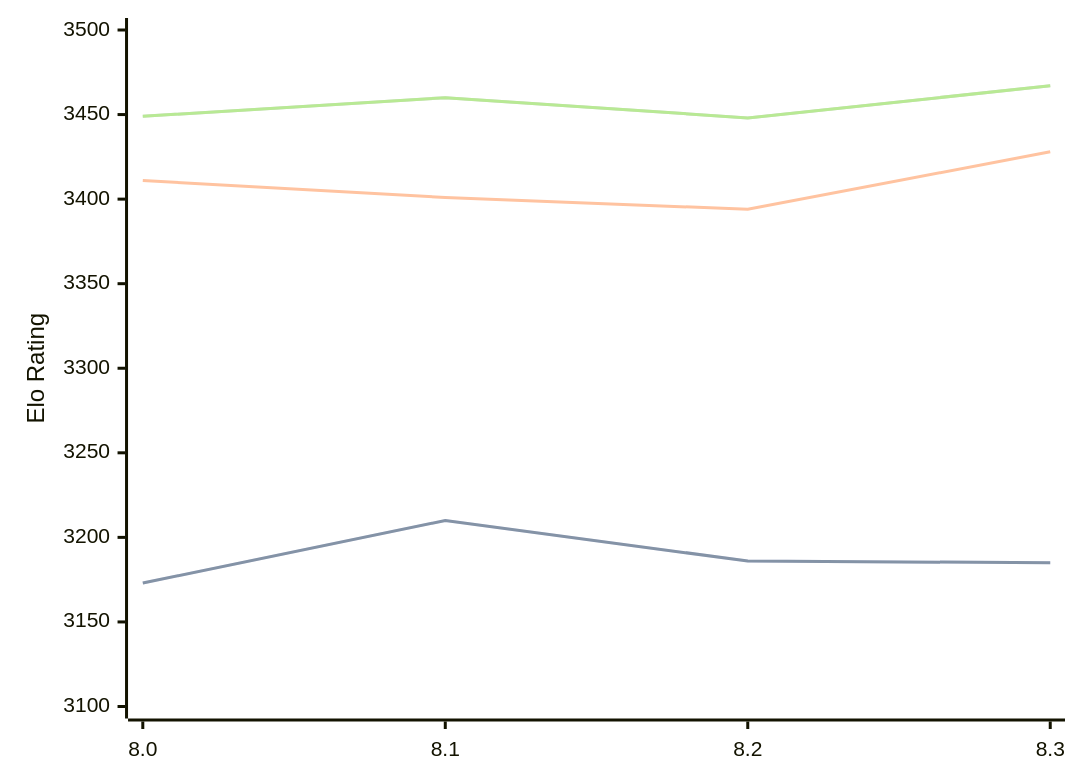
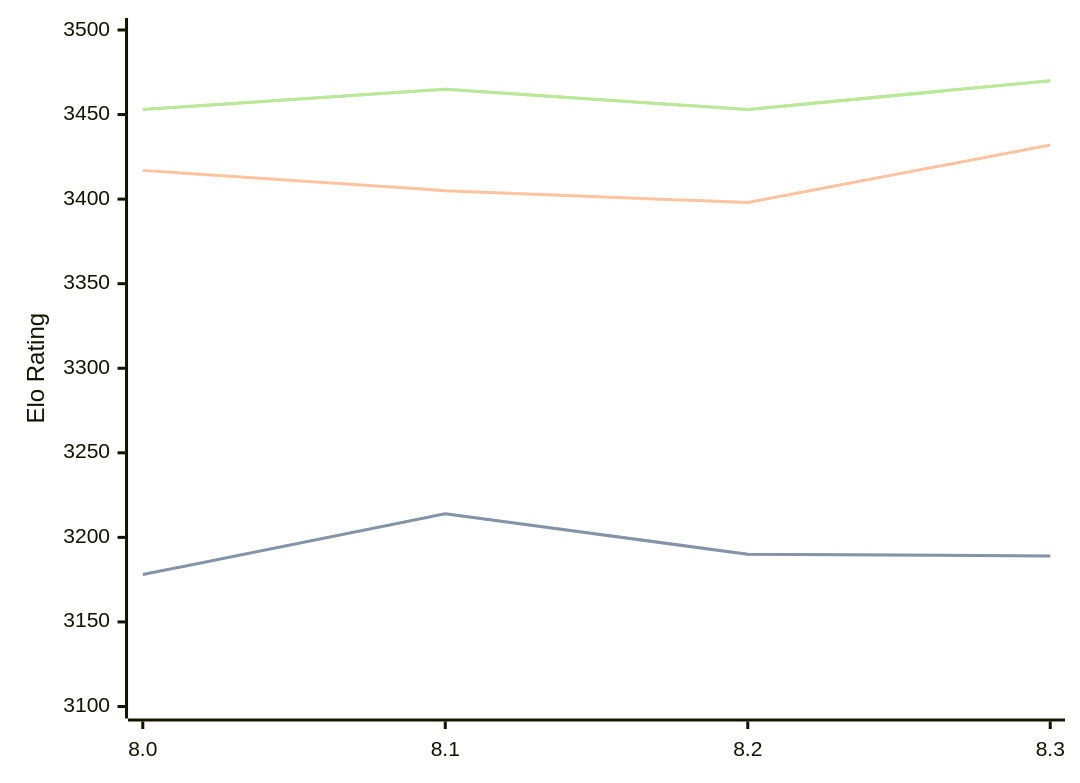
Before and after one commit to computer-chess-index/cci: the diagram in engines/Alexander.md, drawn with Mermaid. The commit also changed other lines of this file, not shown here.

Commit message:
Update CCI Ratings (ELO VLTC) - 2026-04-18

````diff
--- a/engines/Alexander.md
+++ b/engines/Alexander.md
@@ -48,11 +48,11 @@
 ```mermaid
 %%{init: {"theme":"base","themeVariables":{"seriesColors:['#a3a3a3','#222221','#faa371']}}}%%
 xychart-beta
   x-axis ["8.0", "8.1", "8.2", "8.3"]
   y-axis "Elo Rating" 3100 --> 3500
-  line "STC (8.0+0.08s)" [3173, 3210, 3186, 3185]
-  line "STC (8.0+0.08s)" [3173, 3210, 3186, 3185]
-  line "LTC (60.0+0.60s)" [3411, 3401, 3394, 3428]
-  line "VLTC (2m24s+1.12s)" [3449, 3460, 3448, 3467]
-  line "VLTC (2m24s+1.12s)" [3449, 3460, 3448, 3467]
+  line "STC (8.0+0.08s)" [3178, 3214, 3190, 3189]
+  line "STC (8.0+0.08s)" [3178, 3214, 3190, 3189]
+  line "LTC (60.0+0.60s)" [3417, 3405, 3398, 3432]
+  line "VLTC (2m24s+1.12s)" [3453, 3465, 3453, 3470]
+  line "VLTC (2m24s+1.12s)" [3453, 3465, 3453, 3470]
 ```
````
